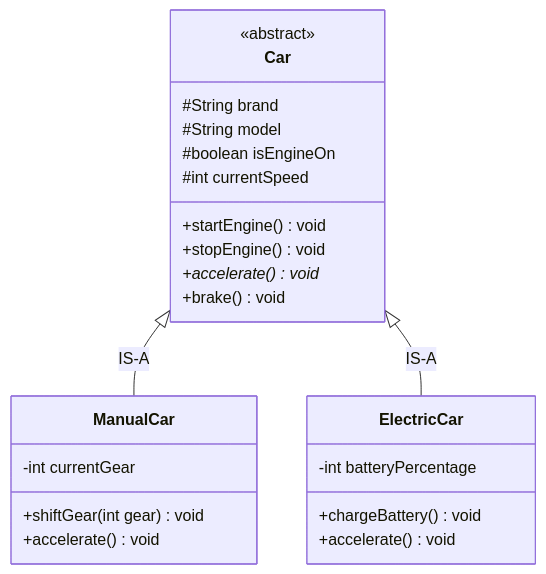
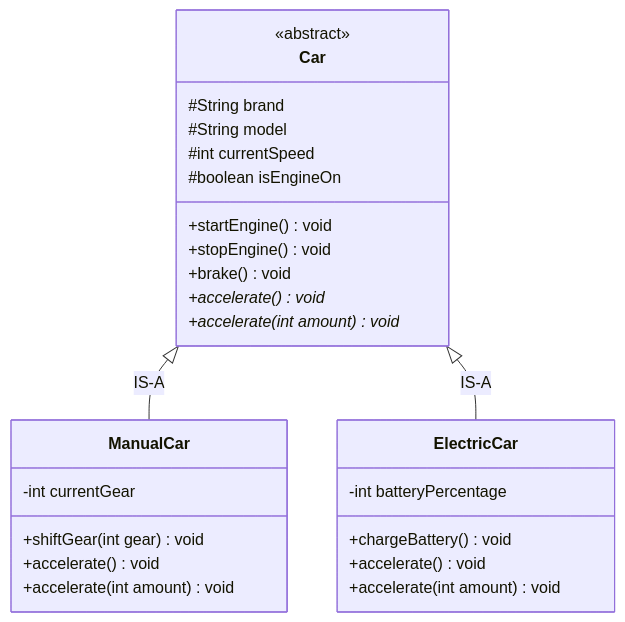
One commit to rohithgowda18/Notes changed the diagram in 04-OOPs-and-Design-Patterns/01-Core-OOPs-and-UML/03-Inheritance-and-Polymorphism-in-OOPs.md. Above: the diagram before and after it, drawn with Mermaid. The commit also changed other lines of this file and 17 other files, not shown here.

````diff
--- a/04-OOPs-and-Design-Patterns/01-Core-OOPs-and-UML/03-Inheritance-and-Polymorphism-in-OOPs.md
+++ b/04-OOPs-and-Design-Patterns/01-Core-OOPs-and-UML/03-Inheritance-and-Polymorphism-in-OOPs.md
@@ -38,29 +119,32 @@
 ```mermaid
 classDiagram
     class Car {
         <<abstract>>
         #String brand
         #String model
+        #int currentSpeed
         #boolean isEngineOn
-        #int currentSpeed
         +startEngine() void
         +stopEngine() void
-        +accelerate() void*
         +brake() void
+        +accelerate()* void
+        +accelerate(int amount)* void
     }
 
     class ManualCar {
         -int currentGear
         +shiftGear(int gear) void
         +accelerate() void
+        +accelerate(int amount) void
     }
 
     class ElectricCar {
         -int batteryPercentage
         +chargeBattery() void
         +accelerate() void
+        +accelerate(int amount) void
     }
 
     Car <|-- ManualCar : IS-A
     Car <|-- ElectricCar : IS-A
 ```
````
